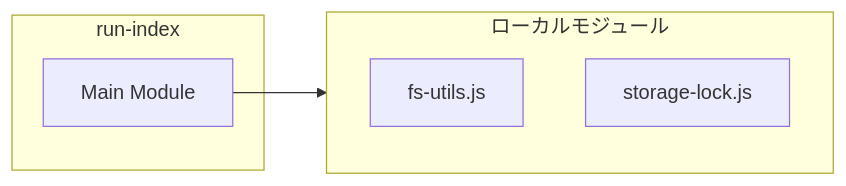
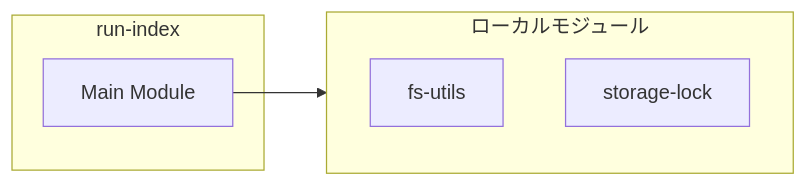
The second of 4 diagrams in ABDD/.pi/lib/run-index.md (Mekann2904/mekann), drawn with Mermaid before and after one commit. The commit also changed other lines of this file and 174 other files, not shown here.

First line of the commit message:
fix(docs): ABDDのMermaid図生成エラーを修正する

````diff
--- a/ABDD/.pi/lib/run-index.md
+++ b/ABDD/.pi/lib/run-index.md
@@ -88,11 +88,11 @@
 ```mermaid
 flowchart LR
   subgraph this[run-index]
     main[Main Module]
   end
   subgraph local[ローカルモジュール]
-    fs_utils_js["fs-utils.js"]
-    storage_lock_js["storage-lock.js"]
+    fs_utils["fs-utils"]
+    storage_lock["storage-lock"]
   end
   main --> local
 ```
````
